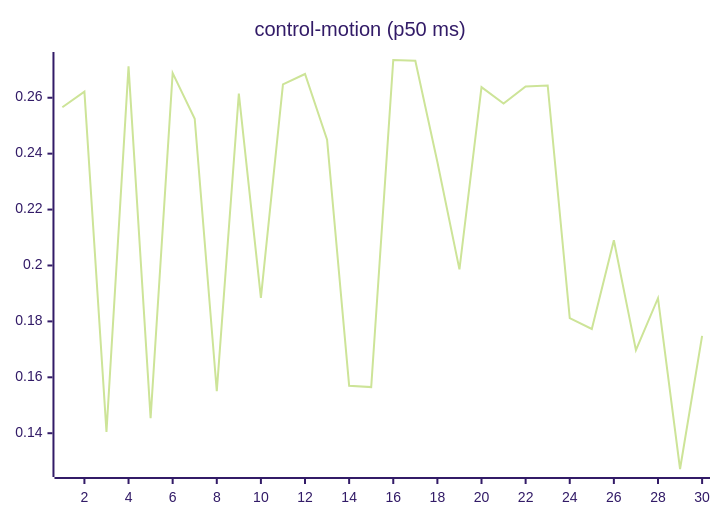
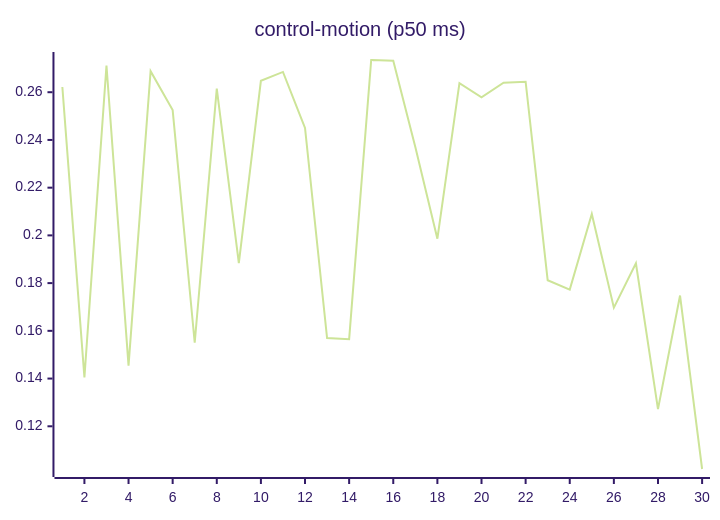
Before and after one commit to josha/Facet: the seventh of 27 diagrams in README.md, drawn with Mermaid (forest theme). The commit also changed other lines of this file and 2 other files, not shown here.

````diff
--- a/README.md
+++ b/README.md
@@ -105,6 +105,6 @@
 ```mermaid
 xychart-beta
     title "control-motion (p50 ms)"
     x-axis 1 --> 30
-    line [0.2566, 0.2622, 0.1405, 0.2712, 0.1454, 0.2688, 0.2525, 0.1550, 0.2615, 0.1884, 0.2648, 0.2685, 0.2450, 0.1570, 0.1565, 0.2735, 0.2732, 0.2370, 0.1986, 0.2638, 0.2579, 0.2640, 0.2644, 0.1812, 0.1773, 0.2090, 0.1697, 0.1883, 0.1272, 0.1748]
+    line [0.2622, 0.1405, 0.2712, 0.1454, 0.2688, 0.2525, 0.1550, 0.2615, 0.1884, 0.2648, 0.2685, 0.2450, 0.1570, 0.1565, 0.2735, 0.2732, 0.2370, 0.1986, 0.2638, 0.2579, 0.2640, 0.2644, 0.1812, 0.1773, 0.2090, 0.1697, 0.1883, 0.1272, 0.1748, 0.1021]
 ```
````
